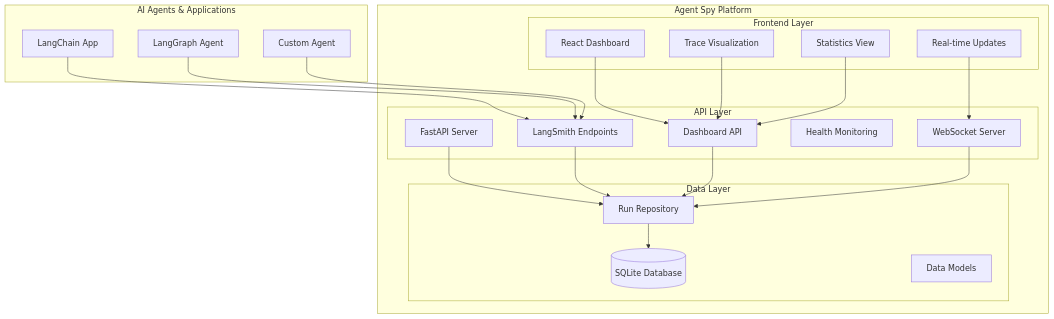
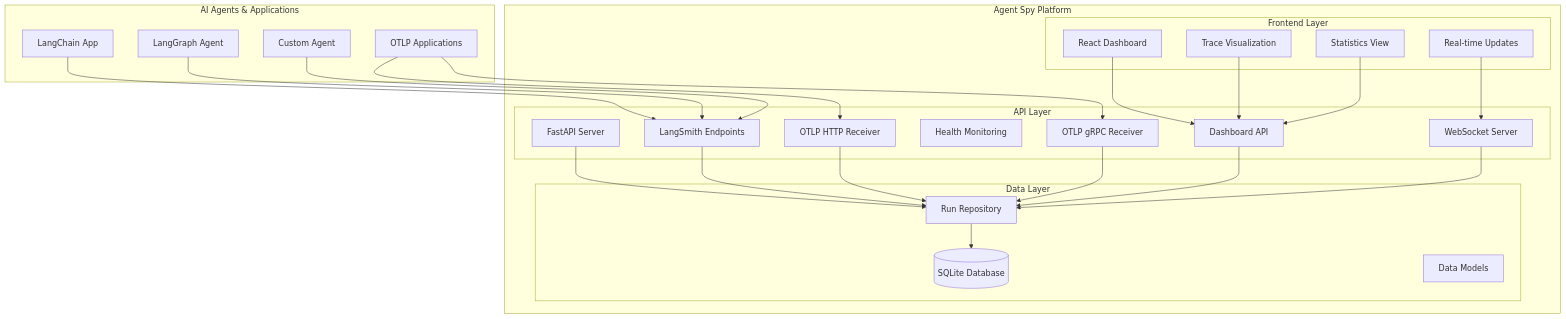
Before and after one commit to lalanikarim/agent-spy: the first of 9 diagrams in docs/AGENT_SPY_COMPREHENSIVE_GUIDE.md, drawn with Mermaid. The commit also changed other lines of this file and 33 other files, not shown here.

````diff
--- a/docs/AGENT_SPY_COMPREHENSIVE_GUIDE.md
+++ b/docs/AGENT_SPY_COMPREHENSIVE_GUIDE.md
@@ -184,46 +196,53 @@
 ```mermaid
 graph TB
     subgraph "AI Agents & Applications"
         A1[LangChain App]
         A2[LangGraph Agent]
         A3[Custom Agent]
+        A4[OTLP Applications]
     end
 
     subgraph "Agent Spy Platform"
         subgraph "Frontend Layer"
             F1[React Dashboard]
             F2[Trace Visualization]
             F3[Statistics View]
             F4[Real-time Updates]
         end
 
         subgraph "API Layer"
             B1[FastAPI Server]
             B2[LangSmith Endpoints]
             B3[Dashboard API]
             B4[Health Monitoring]
             B5[WebSocket Server]
+            B6[OTLP HTTP Receiver]
+            B7[OTLP gRPC Receiver]
         end
 
         subgraph "Data Layer"
             D1[(SQLite Database)]
             D2[Run Repository]
             D3[Data Models]
         end
     end
 
     A1 --> B2
     A2 --> B2
     A3 --> B2
+    A4 --> B6
+    A4 --> B7
 
     F1 --> B3
     F2 --> B3
     F3 --> B3
     F4 --> B5
 
     B1 --> D2
     B2 --> D2
     B3 --> D2
     B5 --> D2
+    B6 --> D2
+    B7 --> D2
     D2 --> D1
 ```
````
